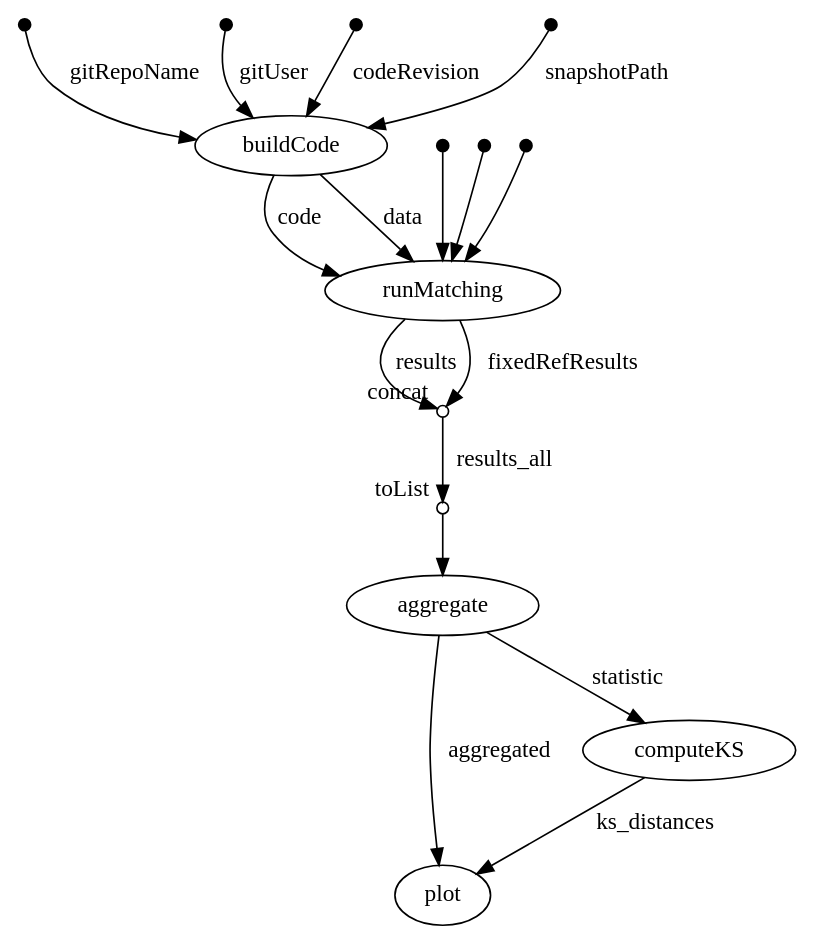
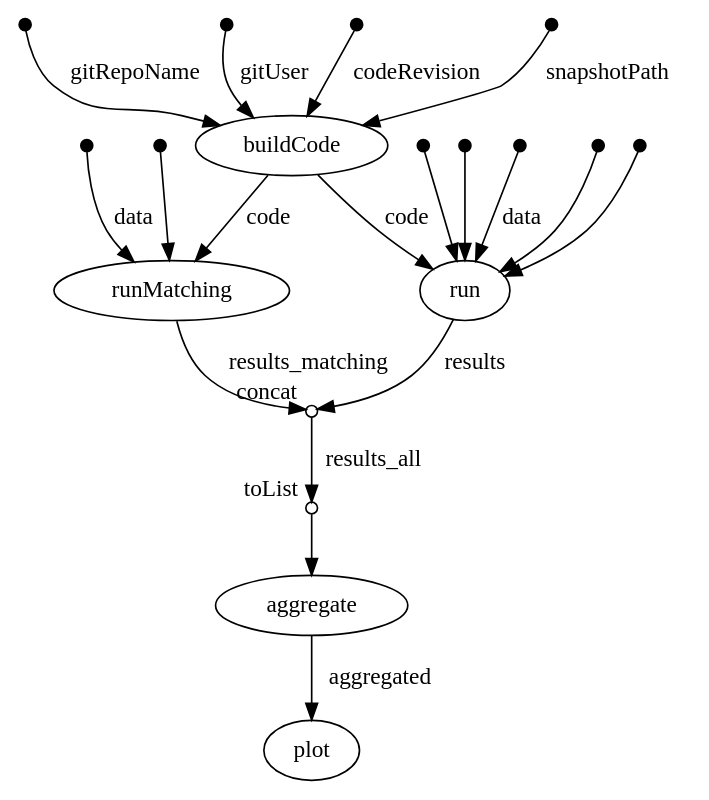
One commit to UBC-Stat-ML/bl-vpt-nextflow changed the diagram in dag.dot. Above: the diagram before and after it, drawn with Graphviz. The commit also changed 14 other files, not shown here.

```diff
--- a/dag.dot
+++ b/dag.dot
@@ -1,66 +1,74 @@
 digraph "dag" {
 p0 [shape=point,label="",fixedsize=true,width=0.1];
 p4 [label="buildCode"];
 p0 -> p4 [label="gitRepoName"];
 
 p1 [shape=point,label="",fixedsize=true,width=0.1];
 p4 [label="buildCode"];
 p1 -> p4 [label="gitUser"];
 
 p2 [shape=point,label="",fixedsize=true,width=0.1];
 p4 [label="buildCode"];
 p2 -> p4 [label="codeRevision"];
 
 p3 [shape=point,label="",fixedsize=true,width=0.1];
 p4 [label="buildCode"];
 p3 -> p4 [label="snapshotPath"];
 
 p4 [label="buildCode"];
-p8 [label="runMatching"];
-p4 -> p8 [label="code"];
+p10 [label="run"];
+p4 -> p10 [label="code"];
+
+p5 [shape=point,label="",fixedsize=true,width=0.1];
+p10 [label="run"];
+p5 -> p10;
+
+p6 [shape=point,label="",fixedsize=true,width=0.1];
+p10 [label="run"];
+p6 -> p10;
+
+p7 [shape=point,label="",fixedsize=true,width=0.1];
+p10 [label="run"];
+p7 -> p10;
+
+p8 [shape=point,label="",fixedsize=true,width=0.1];
+p10 [label="run"];
+p8 -> p10;
+
+p9 [shape=point,label="",fixedsize=true,width=0.1];
+p10 [label="run"];
+p9 -> p10 [label="data"];
+
+p10 [label="run"];
+p14 [shape=circle,label="",fixedsize=true,width=0.1,xlabel="concat"];
+p10 -> p14 [label="results"];
+
+p11 [shape=point,label="",fixedsize=true,width=0.1];
+p13 [label="runMatching"];
+p11 -> p13;
 
 p4 [label="buildCode"];
-p8 [label="runMatching"];
-p4 -> p8 [label="data"];
+p13 [label="runMatching"];
+p4 -> p13 [label="code"];
 
-p5 [shape=point,label="",fixedsize=true,width=0.1];
-p8 [label="runMatching"];
-p5 -> p8;
+p12 [shape=point,label="",fixedsize=true,width=0.1];
+p13 [label="runMatching"];
+p12 -> p13 [label="data"];
 
-p6 [shape=point,label="",fixedsize=true,width=0.1];
-p8 [label="runMatching"];
-p6 -> p8;
+p13 [label="runMatching"];
+p14 [shape=circle,label="",fixedsize=true,width=0.1,xlabel="concat"];
+p13 -> p14 [label="results_matching"];
 
-p7 [shape=point,label="",fixedsize=true,width=0.1];
-p8 [label="runMatching"];
-p7 -> p8;
+p14 [shape=circle,label="",fixedsize=true,width=0.1,xlabel="concat"];
+p15 [shape=circle,label="",fixedsize=true,width=0.1,xlabel="toList"];
+p14 -> p15 [label="results_all"];
 
-p8 [label="runMatching"];
-p9 [shape=circle,label="",fixedsize=true,width=0.1,xlabel="concat"];
-p8 -> p9 [label="results"];
+p15 [shape=circle,label="",fixedsize=true,width=0.1,xlabel="toList"];
+p16 [label="aggregate"];
+p15 -> p16;
 
-p8 [label="runMatching"];
-p9 [shape=circle,label="",fixedsize=true,width=0.1,xlabel="concat"];
-p8 -> p9 [label="fixedRefResults"];
-
-p9 [shape=circle,label="",fixedsize=true,width=0.1,xlabel="concat"];
-p10 [shape=circle,label="",fixedsize=true,width=0.1,xlabel="toList"];
-p9 -> p10 [label="results_all"];
-
-p10 [shape=circle,label="",fixedsize=true,width=0.1,xlabel="toList"];
-p11 [label="aggregate"];
-p10 -> p11;
-
-p11 [label="aggregate"];
-p13 [label="plot"];
-p11 -> p13 [label="aggregated"];
-
-p11 [label="aggregate"];
-p12 [label="computeKS"];
-p11 -> p12 [label="statistic"];
-
-p12 [label="computeKS"];
-p13 [label="plot"];
-p12 -> p13 [label="ks_distances"];
+p16 [label="aggregate"];
+p17 [label="plot"];
+p16 -> p17 [label="aggregated"];
 
 }
```
